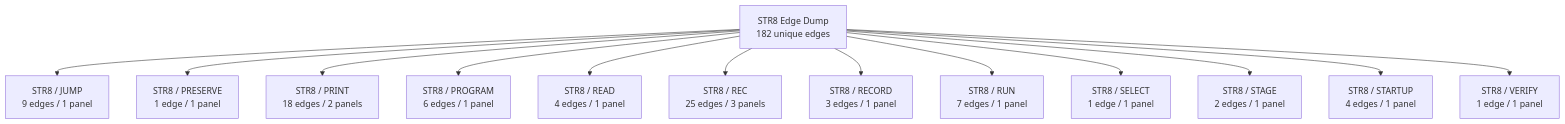
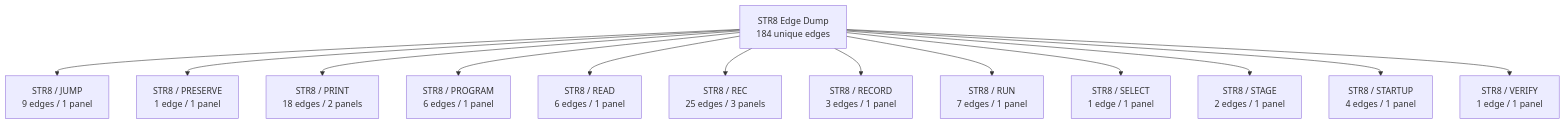
The second of 45 diagrams in DOC/GUIDES/STR8/STR8_EDGE_DUMP.md (95westus/R-YORS), drawn with Mermaid before and after one commit. The commit also changed other lines of this file and 42 other files, not shown here.

First line of the commit message:
STR8: publish validated bank jump record

````diff
--- a/DOC/GUIDES/STR8/STR8_EDGE_DUMP.md
+++ b/DOC/GUIDES/STR8/STR8_EDGE_DUMP.md
@@ -44,15 +44,15 @@
 ```mermaid
 flowchart TD
-    EDGE_ATLAS_ROOT_1["STR8 Edge Dump<br/>182 unique edges"] --> EDGE_FAMILY_1_0["STR8 / JUMP<br/>9 edges / 1 panel"]
-    EDGE_ATLAS_ROOT_1["STR8 Edge Dump<br/>182 unique edges"] --> EDGE_FAMILY_1_1["STR8 / PRESERVE<br/>1 edge / 1 panel"]
-    EDGE_ATLAS_ROOT_1["STR8 Edge Dump<br/>182 unique edges"] --> EDGE_FAMILY_1_2["STR8 / PRINT<br/>18 edges / 2 panels"]
-    EDGE_ATLAS_ROOT_1["STR8 Edge Dump<br/>182 unique edges"] --> EDGE_FAMILY_1_3["STR8 / PROGRAM<br/>6 edges / 1 panel"]
-    EDGE_ATLAS_ROOT_1["STR8 Edge Dump<br/>182 unique edges"] --> EDGE_FAMILY_1_4["STR8 / READ<br/>4 edges / 1 panel"]
-    EDGE_ATLAS_ROOT_1["STR8 Edge Dump<br/>182 unique edges"] --> EDGE_FAMILY_1_5["STR8 / REC<br/>25 edges / 3 panels"]
-    EDGE_ATLAS_ROOT_1["STR8 Edge Dump<br/>182 unique edges"] --> EDGE_FAMILY_1_6["STR8 / RECORD<br/>3 edges / 1 panel"]
-    EDGE_ATLAS_ROOT_1["STR8 Edge Dump<br/>182 unique edges"] --> EDGE_FAMILY_1_7["STR8 / RUN<br/>7 edges / 1 panel"]
-    EDGE_ATLAS_ROOT_1["STR8 Edge Dump<br/>182 unique edges"] --> EDGE_FAMILY_1_8["STR8 / SELECT<br/>1 edge / 1 panel"]
-    EDGE_ATLAS_ROOT_1["STR8 Edge Dump<br/>182 unique edges"] --> EDGE_FAMILY_1_9["STR8 / STAGE<br/>2 edges / 1 panel"]
-    EDGE_ATLAS_ROOT_1["STR8 Edge Dump<br/>182 unique edges"] --> EDGE_FAMILY_1_10["STR8 / STARTUP<br/>4 edges / 1 panel"]
-    EDGE_ATLAS_ROOT_1["STR8 Edge Dump<br/>182 unique edges"] --> EDGE_FAMILY_1_11["STR8 / VERIFY<br/>1 edge / 1 panel"]
+    EDGE_ATLAS_ROOT_1["STR8 Edge Dump<br/>184 unique edges"] --> EDGE_FAMILY_1_0["STR8 / JUMP<br/>9 edges / 1 panel"]
+    EDGE_ATLAS_ROOT_1["STR8 Edge Dump<br/>184 unique edges"] --> EDGE_FAMILY_1_1["STR8 / PRESERVE<br/>1 edge / 1 panel"]
+    EDGE_ATLAS_ROOT_1["STR8 Edge Dump<br/>184 unique edges"] --> EDGE_FAMILY_1_2["STR8 / PRINT<br/>18 edges / 2 panels"]
+    EDGE_ATLAS_ROOT_1["STR8 Edge Dump<br/>184 unique edges"] --> EDGE_FAMILY_1_3["STR8 / PROGRAM<br/>6 edges / 1 panel"]
+    EDGE_ATLAS_ROOT_1["STR8 Edge Dump<br/>184 unique edges"] --> EDGE_FAMILY_1_4["STR8 / READ<br/>6 edges / 1 panel"]
+    EDGE_ATLAS_ROOT_1["STR8 Edge Dump<br/>184 unique edges"] --> EDGE_FAMILY_1_5["STR8 / REC<br/>25 edges / 3 panels"]
+    EDGE_ATLAS_ROOT_1["STR8 Edge Dump<br/>184 unique edges"] --> EDGE_FAMILY_1_6["STR8 / RECORD<br/>3 edges / 1 panel"]
+    EDGE_ATLAS_ROOT_1["STR8 Edge Dump<br/>184 unique edges"] --> EDGE_FAMILY_1_7["STR8 / RUN<br/>7 edges / 1 panel"]
+    EDGE_ATLAS_ROOT_1["STR8 Edge Dump<br/>184 unique edges"] --> EDGE_FAMILY_1_8["STR8 / SELECT<br/>1 edge / 1 panel"]
+    EDGE_ATLAS_ROOT_1["STR8 Edge Dump<br/>184 unique edges"] --> EDGE_FAMILY_1_9["STR8 / STAGE<br/>2 edges / 1 panel"]
+    EDGE_ATLAS_ROOT_1["STR8 Edge Dump<br/>184 unique edges"] --> EDGE_FAMILY_1_10["STR8 / STARTUP<br/>4 edges / 1 panel"]
+    EDGE_ATLAS_ROOT_1["STR8 Edge Dump<br/>184 unique edges"] --> EDGE_FAMILY_1_11["STR8 / VERIFY<br/>1 edge / 1 panel"]
 ```
````
